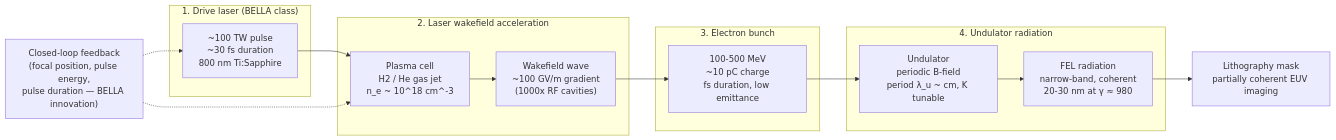
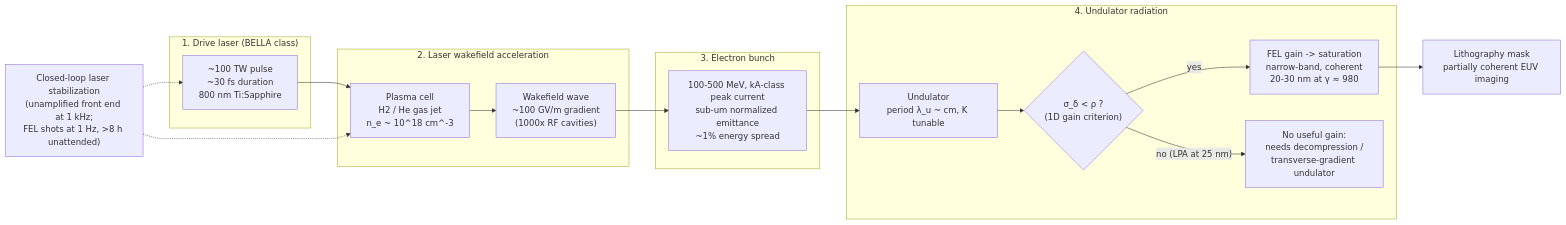
Before and after one commit to sonoransun/highuvlith: the diagram in docs/sources/lpa-fel.md, drawn with Mermaid. The commit also changed other lines of this file and 496 other files, not shown here.

````diff
--- a/docs/sources/lpa-fel.md
+++ b/docs/sources/lpa-fel.md
@@ -25,25 +38,29 @@
 ```mermaid
 flowchart LR
     subgraph Driver["1. Drive laser (BELLA class)"]
         D["~100 TW pulse<br/>~30 fs duration<br/>800 nm Ti:Sapphire"]
     end
     subgraph Accel["2. Laser wakefield acceleration"]
         P["Plasma cell<br/>H2 / He gas jet<br/>n_e ~ 10^18 cm^-3"]
         W["Wakefield wave<br/>~100 GV/m gradient<br/>(1000x RF cavities)"]
         P --> W
     end
     subgraph Bunch["3. Electron bunch"]
-        E["100-500 MeV<br/>~10 pC charge<br/>fs duration, low emittance"]
+        E["100-500 MeV, kA-class peak current<br/>sub-um normalized emittance<br/>~1% energy spread"]
     end
     subgraph Rad["4. Undulator radiation"]
-        U["Undulator<br/>periodic B-field<br/>period λ_u ~ cm, K tunable"]
-        R["FEL radiation<br/>narrow-band, coherent<br/>20-30 nm at γ ≈ 980"]
-        U --> R
+        U["Undulator<br/>period λ_u ~ cm, K tunable"]
+        G{"σ_δ < ρ ?<br/>(1D gain criterion)"}
+        R["FEL gain -> saturation<br/>narrow-band, coherent<br/>20-30 nm at γ ≈ 980"]
+        S["No useful gain:<br/>needs decompression /<br/>transverse-gradient undulator"]
+        U --> G
+        G -- "yes" --> R
+        G -- "no (LPA at 25 nm)" --> S
     end
     D --> P
     W --> E
     E --> U
     R --> LITH["Lithography mask<br/>partially coherent EUV imaging"]
-    FB["Closed-loop feedback<br/>(focal position, pulse energy,<br/>pulse duration — BELLA innovation)"] -.-> D
+    FB["Closed-loop laser stabilization<br/>(unamplified front end at 1 kHz;<br/>FEL shots at 1 Hz, >8 h unattended)"] -.-> D
     FB -.-> P
 ```
````
